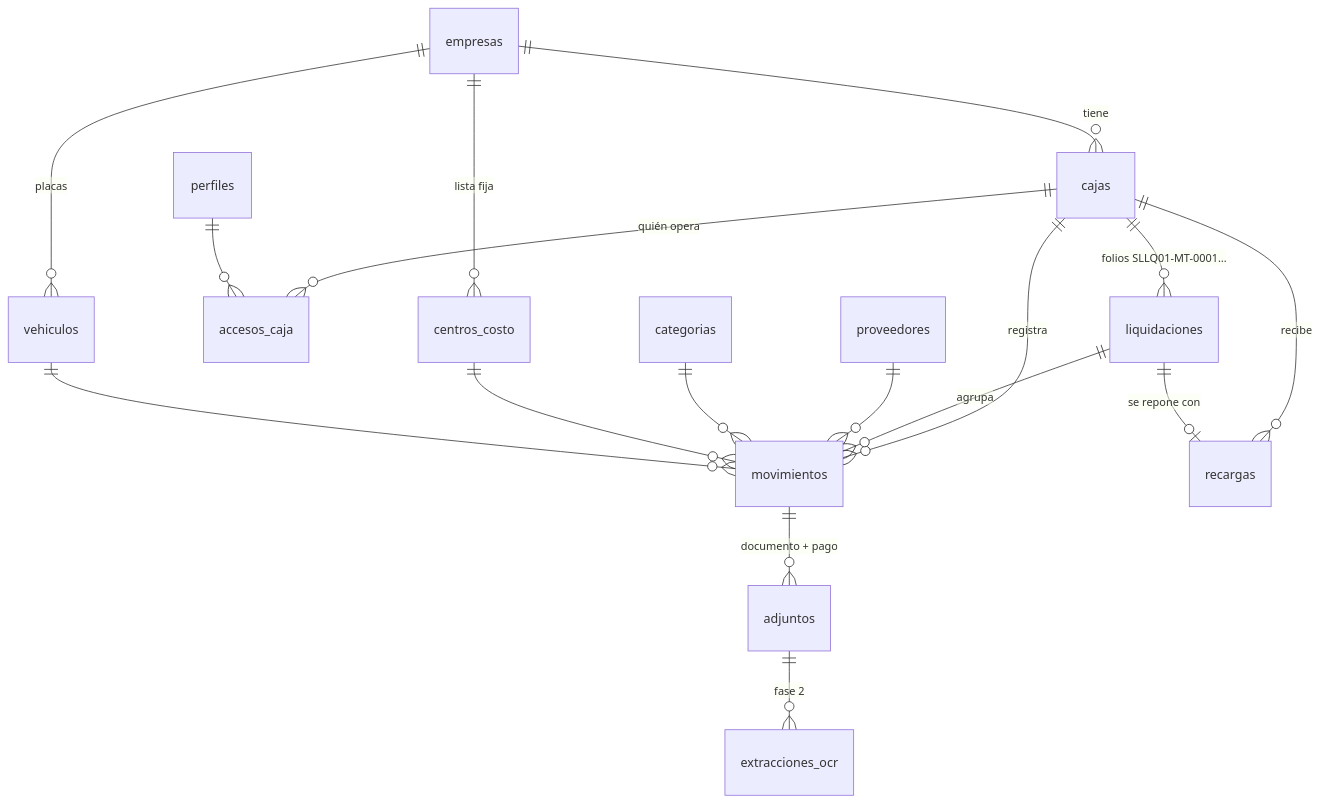
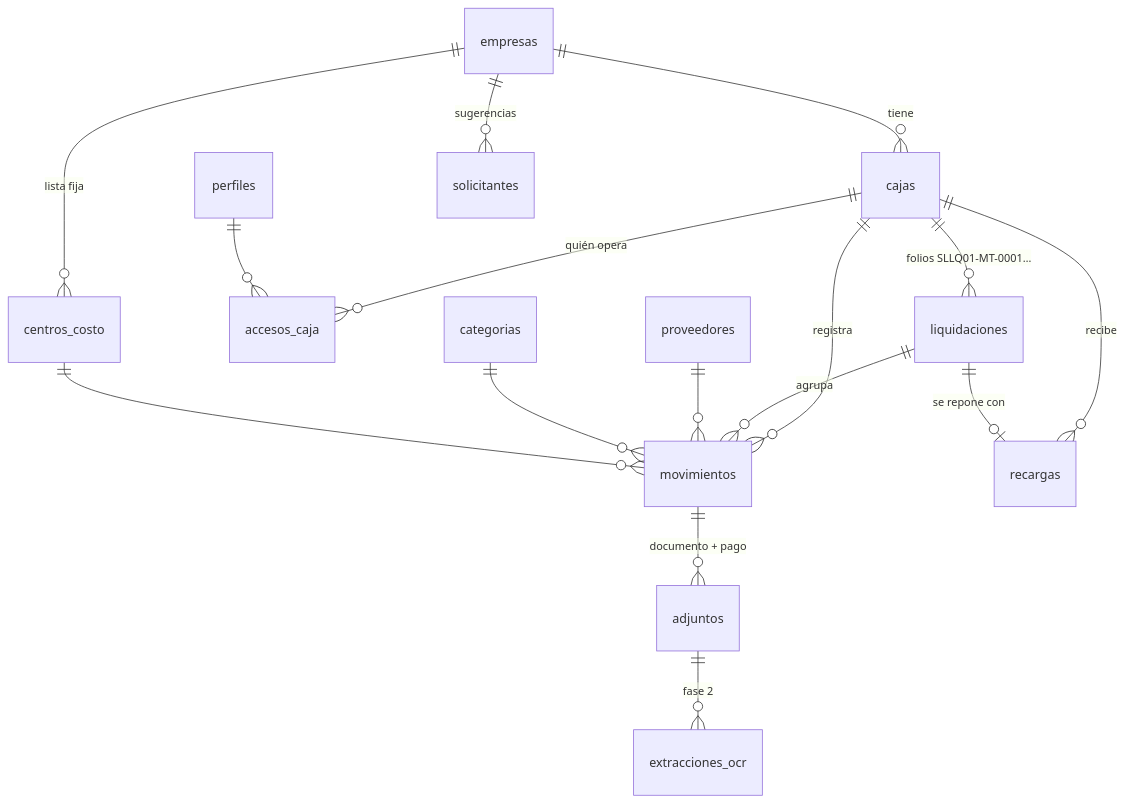
Before and after one commit to Kiolerq/factudex: the first of 2 diagrams in docs/modelo-datos.md, drawn with Mermaid. The commit also changed other lines of this file and 16 other files, not shown here.

First line of the commit message:
Centro de costo único (incluye placas), sugerencias de solicitante y plantilla de datos

````diff
--- a/docs/modelo-datos.md
+++ b/docs/modelo-datos.md
@@ -9,19 +9,18 @@
 ```mermaid
 erDiagram
   empresas ||--o{ cajas : tiene
   cajas ||--o{ liquidaciones : "folios SLLQ01-MT-0001…"
   cajas ||--o{ movimientos : registra
   cajas ||--o{ recargas : recibe
   cajas ||--o{ accesos_caja : "quién opera"
   perfiles ||--o{ accesos_caja : ""
   liquidaciones ||--o{ movimientos : agrupa
   liquidaciones ||--o| recargas : "se repone con"
   proveedores ||--o{ movimientos : ""
   categorias ||--o{ movimientos : ""
   empresas ||--o{ centros_costo : "lista fija"
   centros_costo ||--o{ movimientos : ""
-  empresas ||--o{ vehiculos : "placas"
-  vehiculos ||--o{ movimientos : ""
+  empresas ||--o{ solicitantes : "sugerencias"
   movimientos ||--o{ adjuntos : "documento + pago"
   adjuntos ||--o{ extracciones_ocr : "fase 2"
 ```
````
